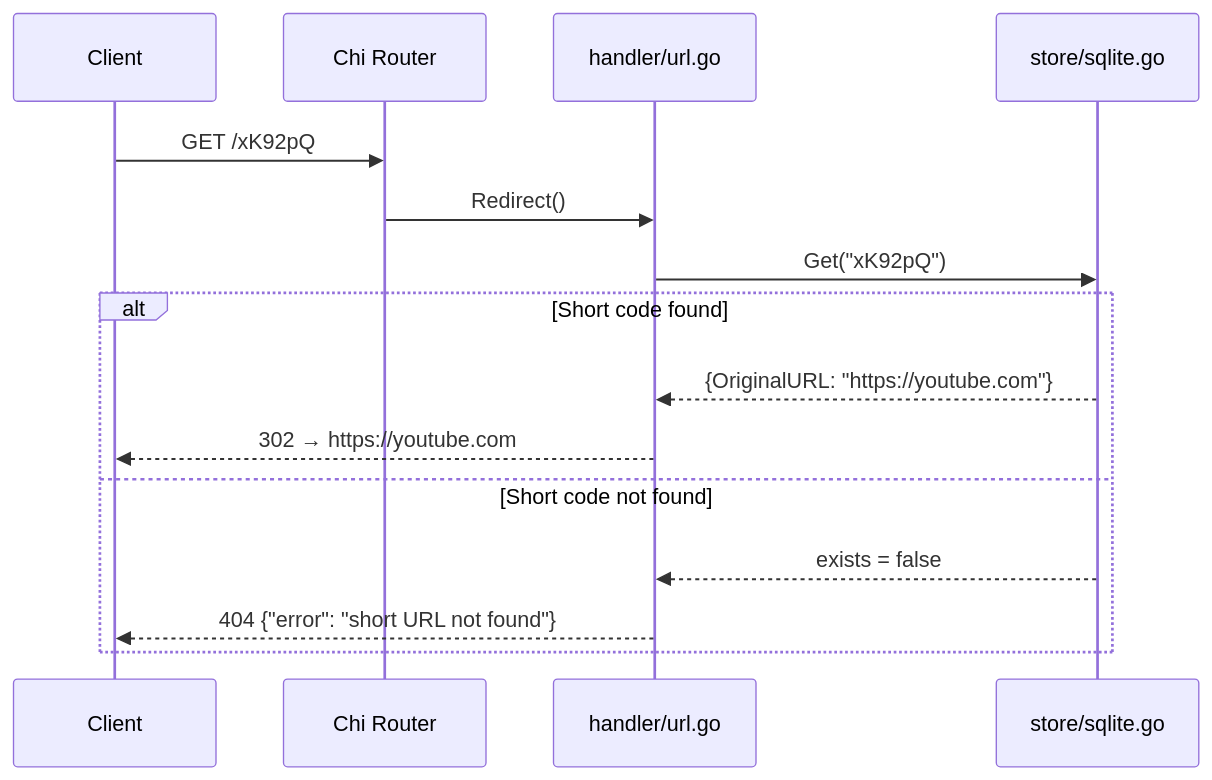
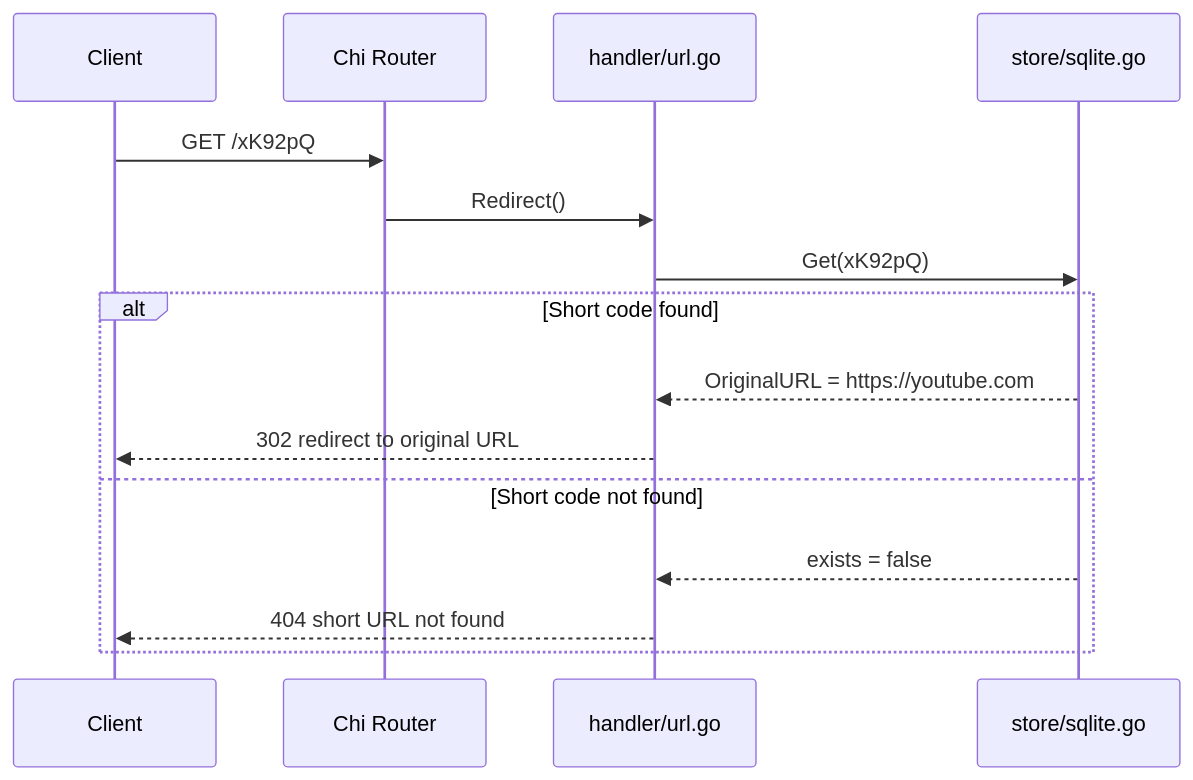
One commit to Godspowerj/go-url-shortener-system-design changed the third of 5 diagrams in README.md. Above: the diagram before and after it, drawn with Mermaid. The commit also changed other lines of this file, not shown here.

First line of the commit message:
fix: fix Mermaid diagram syntax for GitHub renderer

````diff
--- a/README.md
+++ b/README.md
@@ -70,18 +70,18 @@
 ```mermaid
 sequenceDiagram
     participant Client
     participant Router as Chi Router
     participant Handler as handler/url.go
     participant Store as store/sqlite.go
 
     Client->>Router: GET /xK92pQ
     Router->>Handler: Redirect()
-    Handler->>Store: Get("xK92pQ")
+    Handler->>Store: Get(xK92pQ)
     alt Short code found
-        Store-->>Handler: {OriginalURL: "https://youtube.com"}
-        Handler-->>Client: 302 → https://youtube.com
+        Store-->>Handler: OriginalURL = https://youtube.com
+        Handler-->>Client: 302 redirect to original URL
     else Short code not found
         Store-->>Handler: exists = false
-        Handler-->>Client: 404 {"error": "short URL not found"}
+        Handler-->>Client: 404 short URL not found
     end
 ```
````
